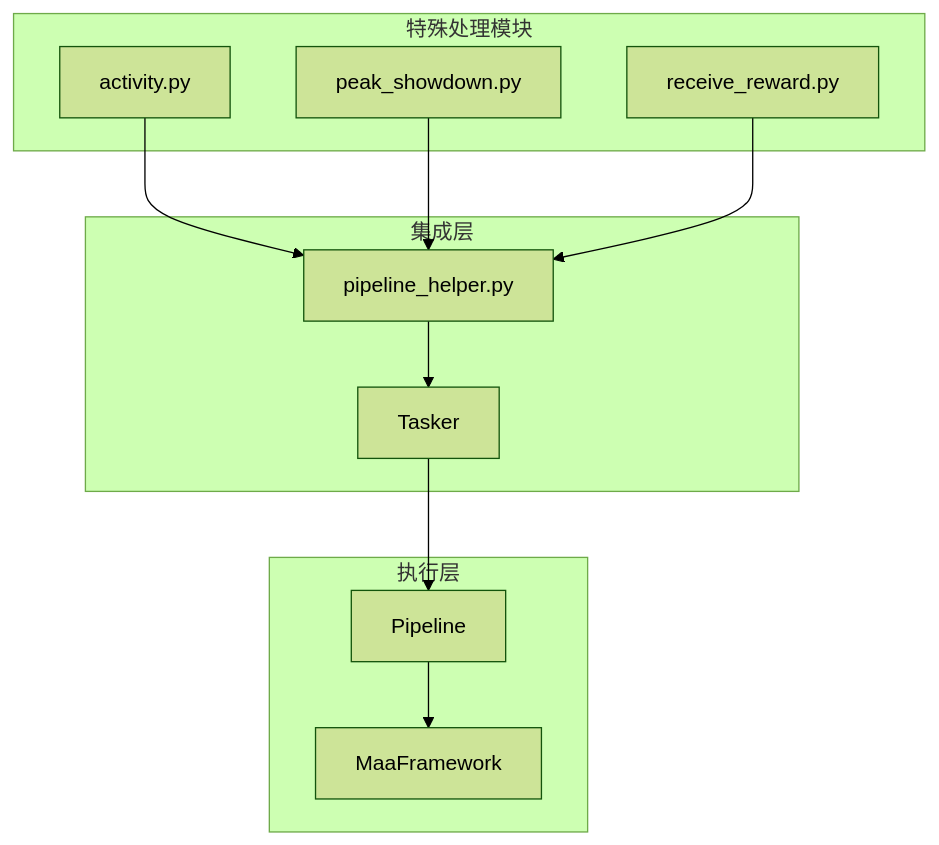
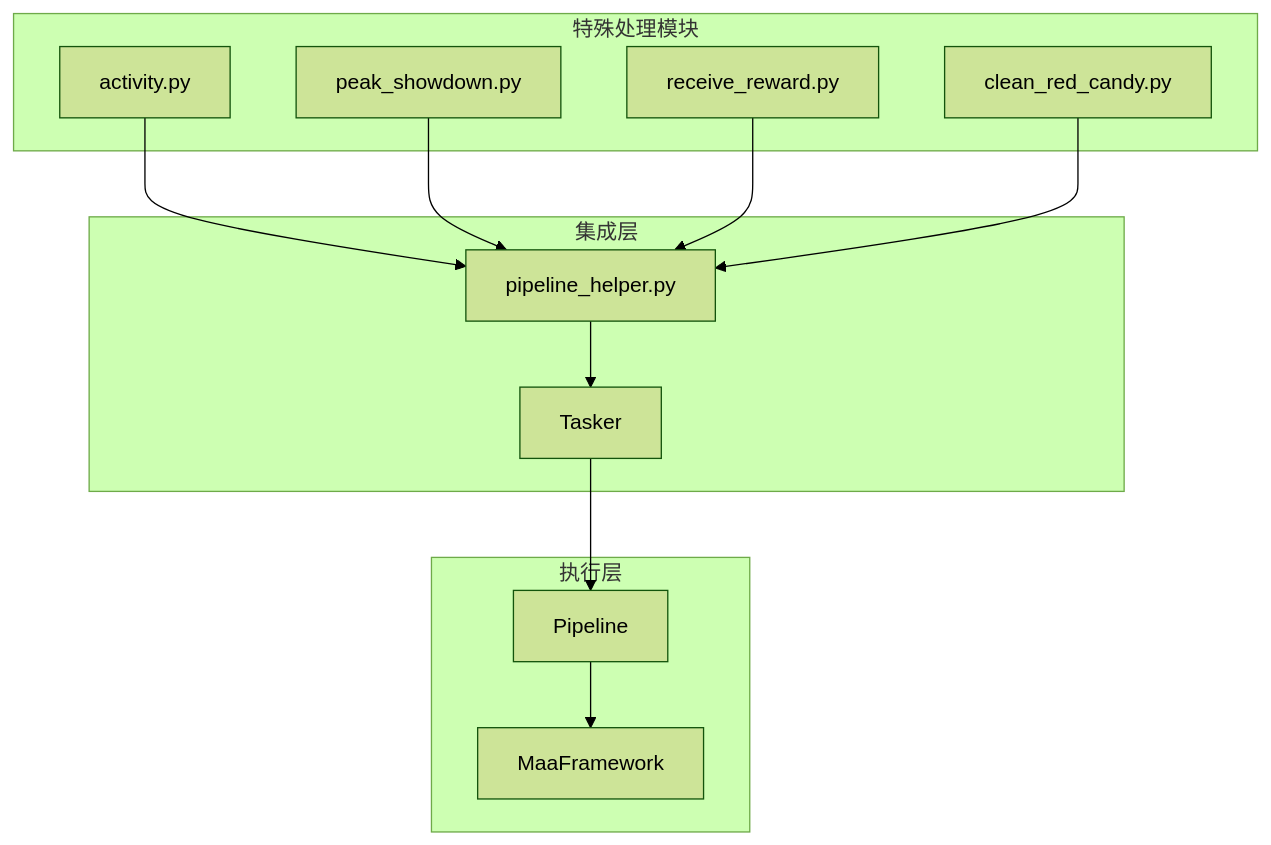
The eighth of 8 diagrams in .qoder/repowiki/zh/content/开发者指南/自定义模块开发/特殊处理模块实现分析/特殊处理模块实现分析.md (kqcoxn/MaaDuDuL), drawn with Mermaid (forest theme) before and after one commit. The commit also changed other lines of this file and 18 other files, not shown here.

````diff
--- a/.qoder/repowiki/zh/content/开发者指南/自定义模块开发/特殊处理模块实现分析/特殊处理模块实现分析.md
+++ b/.qoder/repowiki/zh/content/开发者指南/自定义模块开发/特殊处理模块实现分析/特殊处理模块实现分析.md
@@ -290,22 +352,24 @@
 ```mermaid
 graph TB
 subgraph "特殊处理模块"
 A[activity.py]
 B[peak_showdown.py]
 C[receive_reward.py]
+D[clean_red_candy.py]
 end
 subgraph "集成层"
-D[pipeline_helper.py]
-E[Tasker]
+E[pipeline_helper.py]
+F[Tasker]
 end
 subgraph "执行层"
-F[Pipeline]
-G[MaaFramework]
+G[Pipeline]
+H[MaaFramework]
 end
-A --> D
-B --> D
-C --> D
+A --> E
+B --> E
+C --> E
 D --> E
 E --> F
 F --> G
+G --> H
 ```
````
